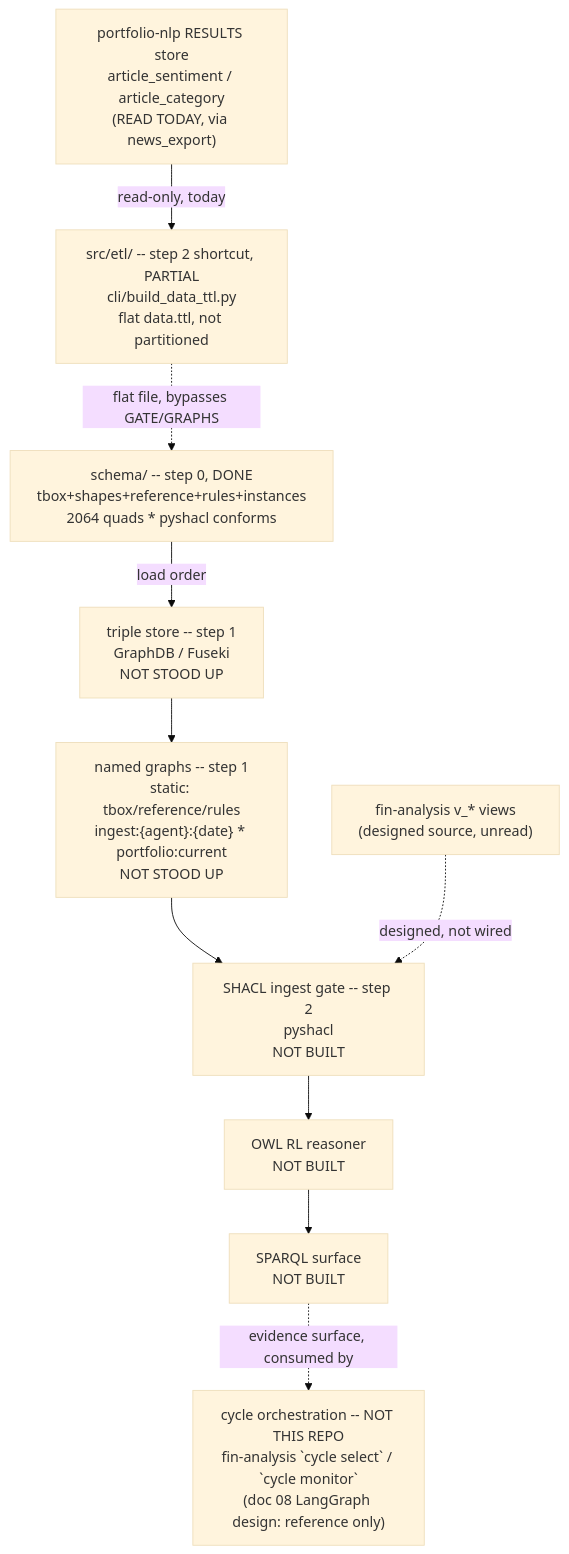
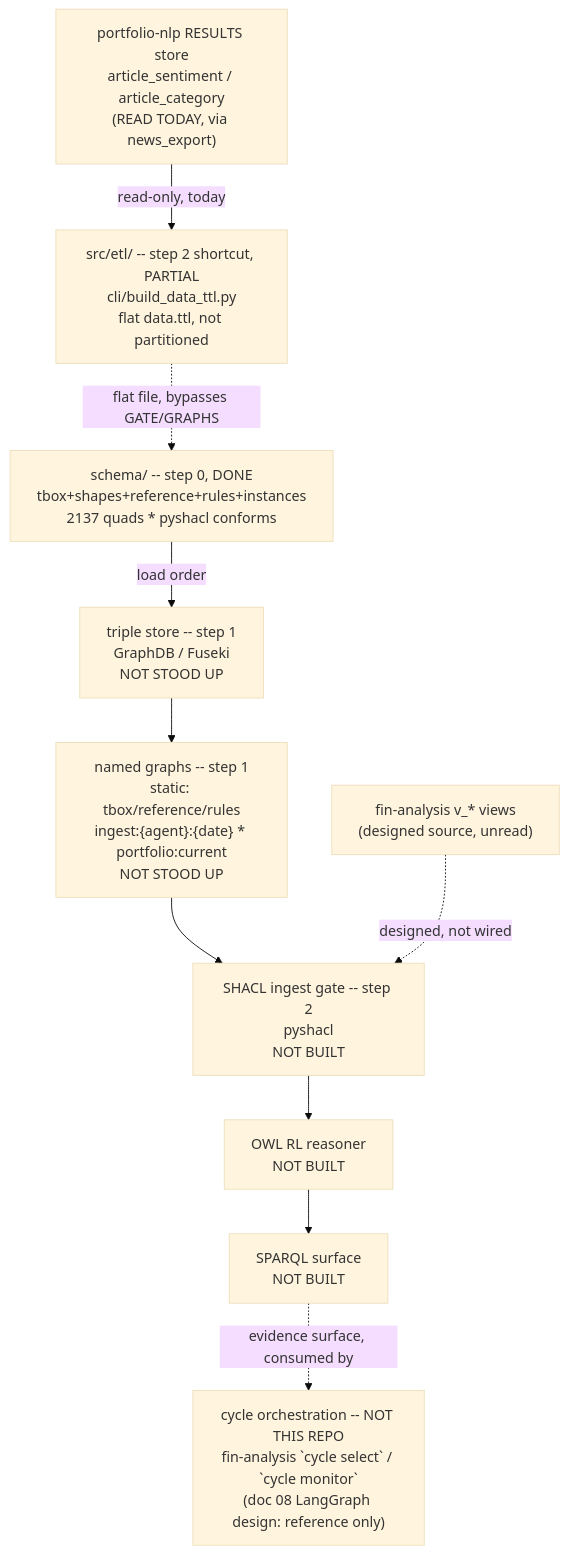
Before and after one commit to gamug/portfolio-knowledge-graph: the diagram in .specify/memory/SPEC.md, drawn with Mermaid (base theme). The commit also changed other lines of this file and 11 other files, not shown here.

First line of the commit message:
feat(schema): model news co-occurrence candidate edges as AssetCoOccurrence (T-107)

````diff
--- a/.specify/memory/SPEC.md
+++ b/.specify/memory/SPEC.md
@@ -298,20 +298,20 @@
 ```mermaid
 flowchart TB
-    SCHEMA["schema/ -- step 0, DONE<br/>tbox+shapes+reference+rules+instances<br/>2064 quads * pyshacl conforms"]
+    SCHEMA["schema/ -- step 0, DONE<br/>tbox+shapes+reference+rules+instances<br/>2137 quads * pyshacl conforms"]
     STORE["triple store -- step 1<br/>GraphDB / Fuseki<br/>NOT STOOD UP"]
     GRAPHS["named graphs -- step 1<br/>static: tbox/reference/rules<br/>ingest:{agent}:{date} * portfolio:current<br/>NOT STOOD UP"]
     GATE["SHACL ingest gate -- step 2<br/>pyshacl<br/>NOT BUILT"]
     FIN["fin-analysis v_* views<br/>(designed source, unread)"]
     NLPRES["portfolio-nlp RESULTS store<br/>article_sentiment / article_category<br/>(READ TODAY, via news_export)"]
     ETL["src/etl/ -- step 2 shortcut, PARTIAL<br/>cli/build_data_ttl.py<br/>flat data.ttl, not partitioned"]
     REASON["OWL RL reasoner<br/>NOT BUILT"]
     SPARQL["SPARQL surface<br/>NOT BUILT"]
     AGENTS["cycle orchestration -- NOT THIS REPO<br/>fin-analysis `cycle select` / `cycle monitor`<br/>(doc 08 LangGraph design: reference only)"]
 
     SCHEMA -->|load order| STORE --> GRAPHS --> GATE
     FIN -.->|designed, not wired| GATE
     NLPRES -->|read-only, today| ETL
     ETL -.->|flat file, bypasses GATE/GRAPHS| SCHEMA
     GATE --> REASON --> SPARQL
     SPARQL -.->|evidence surface, consumed by| AGENTS
 ```
````
